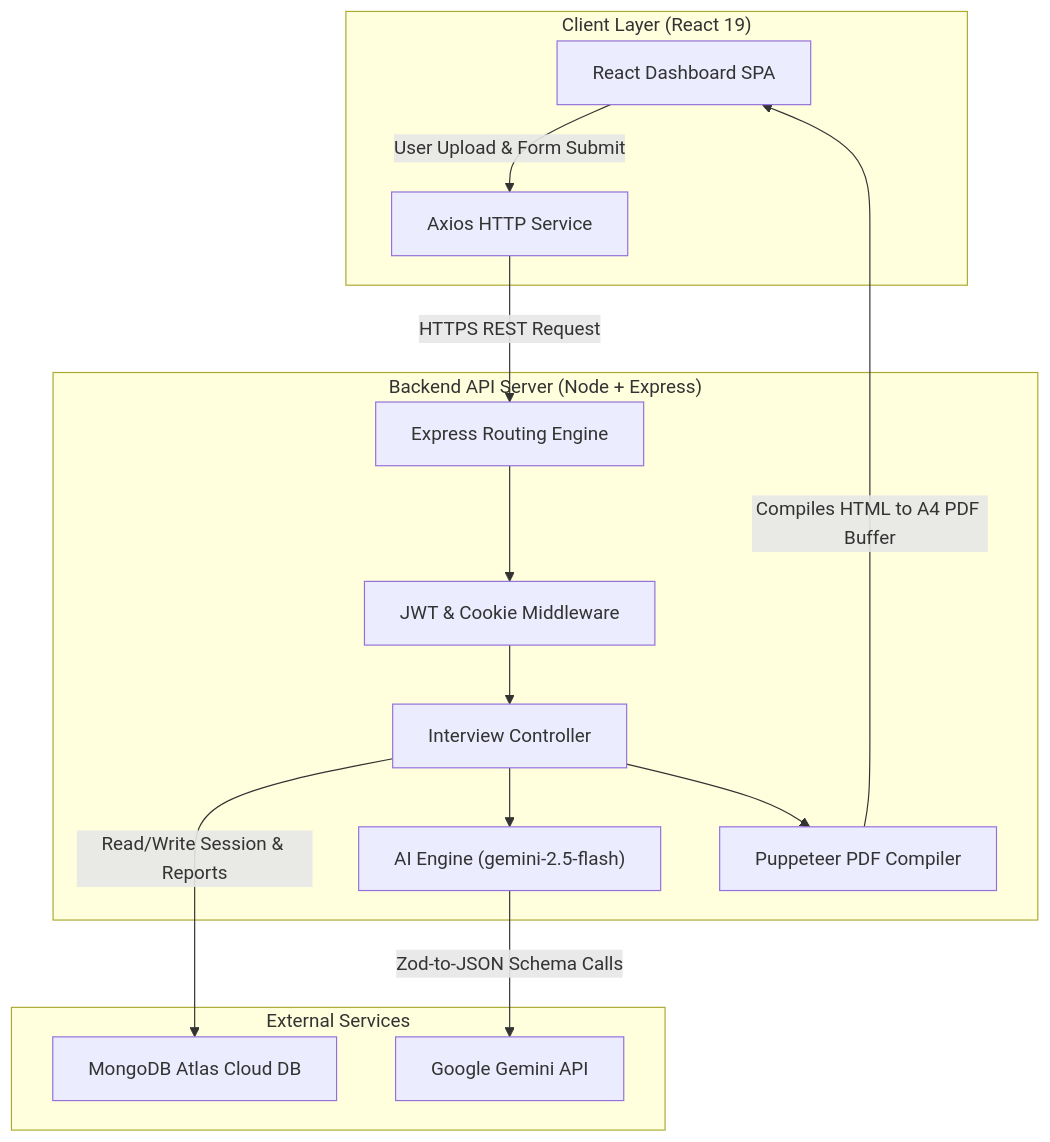
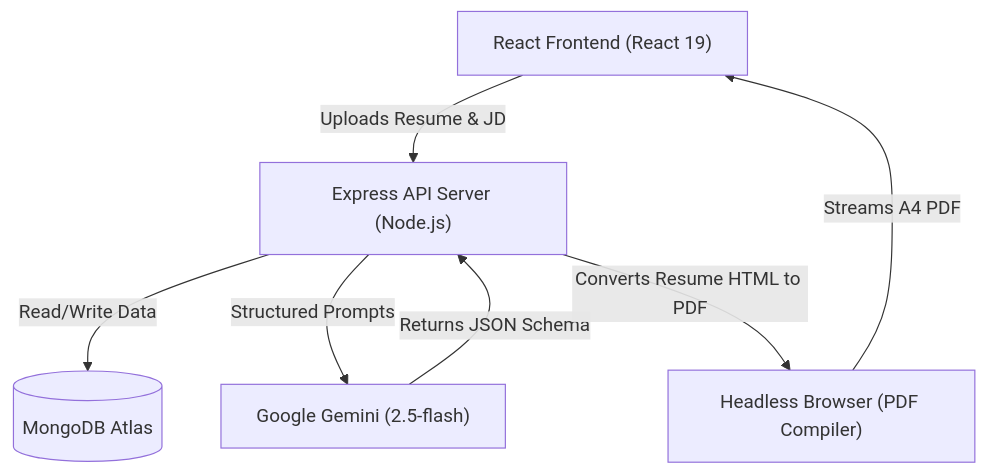
Before and after one commit to deepakofficial34/TalentSync-AI: the diagram in README.md, drawn with Mermaid. The commit also changed other lines of this file, not shown here.

````diff
--- a/README.md
+++ b/README.md
@@ -69,30 +13,15 @@
 ```mermaid
 graph TD
-    subgraph Client ["Client Layer (React 19)"]
-        UI["React Dashboard SPA"]
-        AxiosClient["Axios HTTP Service"]
-    end
+    Client["React Frontend (React 19)"]
+    Server["Express API Server (Node.js)"]
+    DB[(MongoDB Atlas)]
+    Gemini["Google Gemini (2.5-flash)"]
+    Puppeteer["Headless Browser (PDF Compiler)"]
 
-    subgraph API ["Backend API Server (Node + Express)"]
-        Router["Express Routing Engine"]
-        AuthMid["JWT & Cookie Middleware"]
-        Controller["Interview Controller"]
-        AIService["AI Engine (gemini-2.5-flash)"]
-        PDFGen["Puppeteer PDF Compiler"]
-    end
-
-    subgraph External ["External Services"]
-        Gemini["Google Gemini API"]
-        MongoDB["MongoDB Atlas Cloud DB"]
-    end
-
-    UI -->|User Upload & Form Submit| AxiosClient
-    AxiosClient -->|HTTPS REST Request| Router
-    Router --> AuthMid
-    AuthMid --> Controller
-    Controller -->|Read/Write Session & Reports| MongoDB
-    Controller --> AIService
-    AIService -->|Zod-to-JSON Schema Calls| Gemini
-    Controller --> PDFGen
-    PDFGen -->|Compiles HTML to A4 PDF Buffer| UI
+    Client -->|Uploads Resume & JD| Server
+    Server -->|Read/Write Data| DB
+    Server -->|Structured Prompts| Gemini
+    Gemini -->|Returns JSON Schema| Server
+    Server -->|Converts Resume HTML to PDF| Puppeteer
+    Puppeteer -->|Streams A4 PDF| Client
 ```
````
